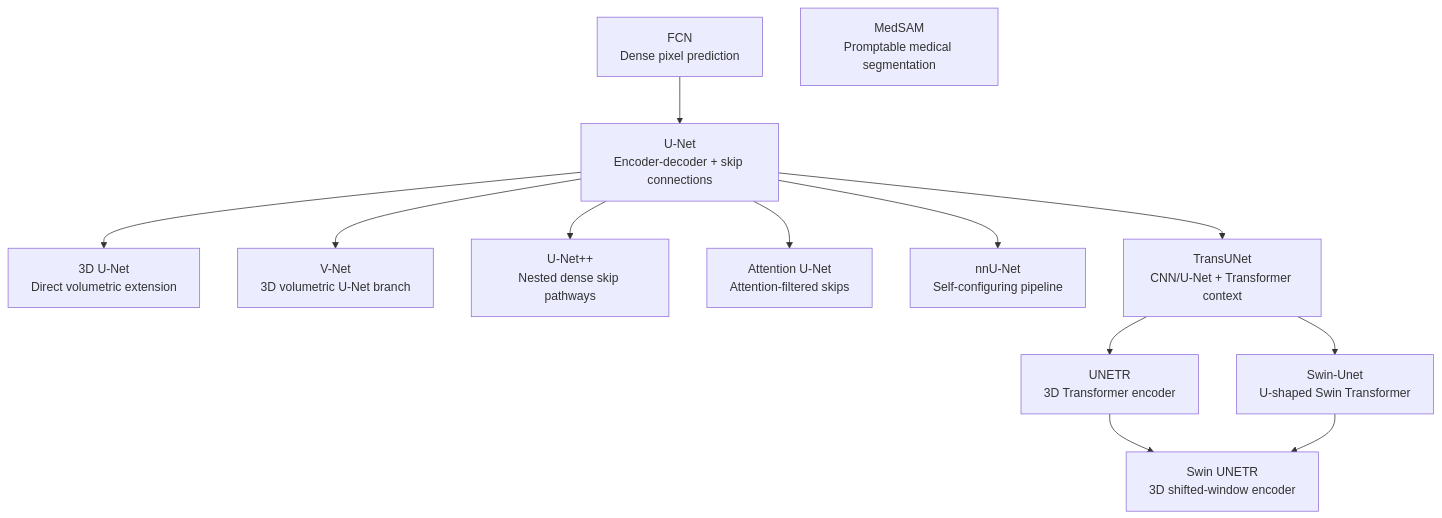
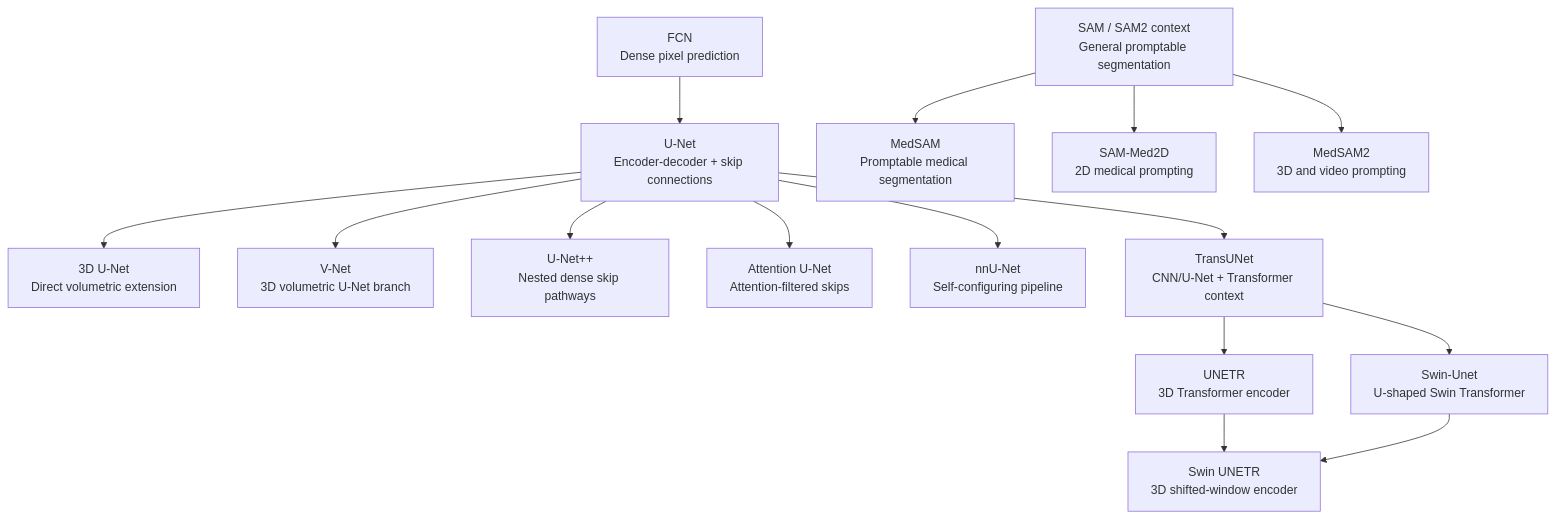
The diagram in docs/evolution/lineage.md (LeonSilva15/medical-image-segmentation-architectures), drawn with Mermaid before and after one commit. The commit also changed other lines of this file and 9 other files, not shown here.

Commit message:
docs: add SAM-Med2D and MedSAM2 references

````diff
--- a/docs/evolution/lineage.md
+++ b/docs/evolution/lineage.md
@@ -7,28 +7,33 @@
 ```mermaid
 graph TD
     FCN["FCN<br/>Dense pixel prediction"]
     UNet["U-Net<br/>Encoder-decoder + skip connections"]
     UNet3D["3D U-Net<br/>Direct volumetric extension"]
     VNet["V-Net<br/>3D volumetric U-Net branch"]
     UNetPP["U-Net++<br/>Nested dense skip pathways"]
     AttUNet["Attention U-Net<br/>Attention-filtered skips"]
     nnUNet["nnU-Net<br/>Self-configuring pipeline"]
     TransUNet["TransUNet<br/>CNN/U-Net + Transformer context"]
     SwinUnet["Swin-Unet<br/>U-shaped Swin Transformer"]
     UNETR["UNETR<br/>3D Transformer encoder"]
     SwinUNETR["Swin UNETR<br/>3D shifted-window encoder"]
+    SAMRoot["SAM / SAM2 context<br/>General promptable segmentation"]
     MedSAM["MedSAM<br/>Promptable medical segmentation"]
+    SAMMed2D["SAM-Med2D<br/>2D medical prompting"]
+    MedSAM2["MedSAM2<br/>3D and video prompting"]
 
     FCN --> UNet
     UNet --> UNet3D
     UNet --> VNet
     UNet --> UNetPP
     UNet --> AttUNet
     UNet --> nnUNet
     UNet --> TransUNet
     TransUNet --> SwinUnet
     TransUNet --> UNETR
     UNETR --> SwinUNETR
     SwinUnet --> SwinUNETR
-    MedSAM
+    SAMRoot --> MedSAM
+    SAMRoot --> SAMMed2D
+    SAMRoot --> MedSAM2
 ```
````
